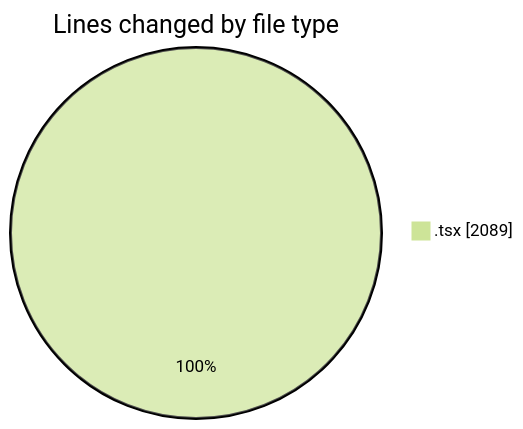
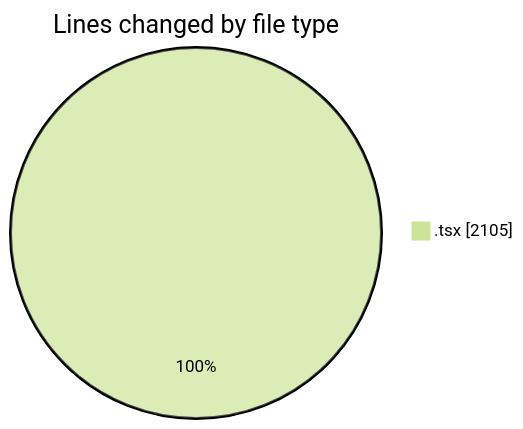
Before and after one commit to momahboobian/code-tracking: the first of 2 diagrams in 2025-06-12/cda/README.md, drawn with Mermaid (forest theme). The commit also changed other lines of this file and 1 other file, not shown here.

````diff
--- a/2025-06-12/cda/README.md
+++ b/2025-06-12/cda/README.md
@@ -23,5 +23,5 @@
 ```mermaid
 pie showData
 title Lines changed by file type
-".tsx" : 2089
+".tsx" : 2105
 ```
````
